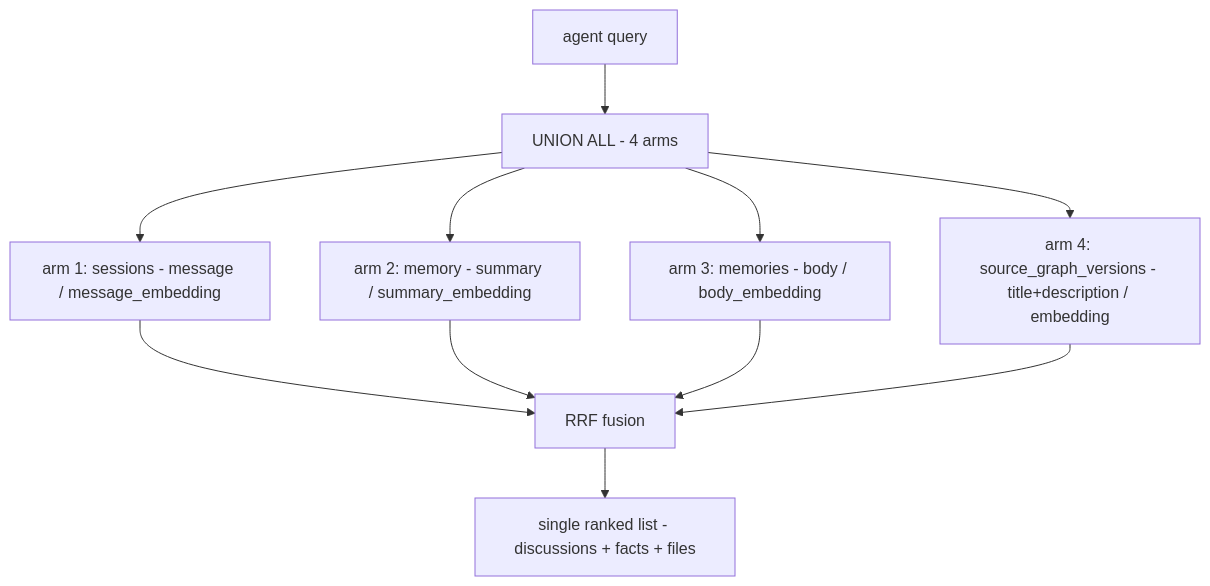
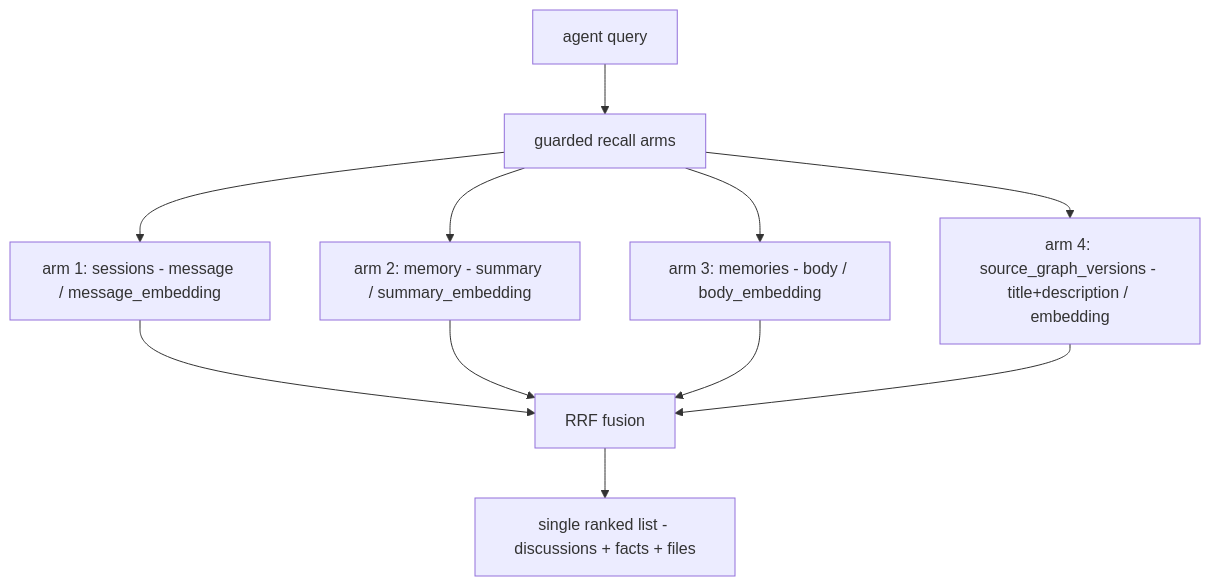
Before and after one commit to legioncodeinc/nectar: the diagram in library/knowledge/private/data/recall-integration-deep-dive/recall-integration-technical-specification.md, drawn with Mermaid. The commit also changed other lines of this file and 125 other files, not shown here.

````diff
--- a/library/knowledge/private/data/recall-integration-deep-dive/recall-integration-technical-specification.md
+++ b/library/knowledge/private/data/recall-integration-deep-dive/recall-integration-technical-specification.md
@@ -129,13 +129,13 @@
 ```mermaid
 flowchart TD
-    q["agent query"] --> union["UNION ALL - 4 arms"]
-    union --> arm1["arm 1: sessions - message / message_embedding"]
-    union --> arm2["arm 2: memory - summary / summary_embedding"]
-    union --> arm3["arm 3: memories - body / body_embedding"]
-    union --> arm4["arm 4: source_graph_versions - title+description / embedding"]
+    q["agent query"] --> arms["guarded recall arms"]
+    arms --> arm1["arm 1: sessions - message / message_embedding"]
+    arms --> arm2["arm 2: memory - summary / summary_embedding"]
+    arms --> arm3["arm 3: memories - body / body_embedding"]
+    arms --> arm4["arm 4: source_graph_versions - title+description / embedding"]
     arm1 --> rrf["RRF fusion"]
     arm2 --> rrf
     arm3 --> rrf
     arm4 --> rrf
     rrf --> ranked["single ranked list - discussions + facts + files"]
 ```
````
